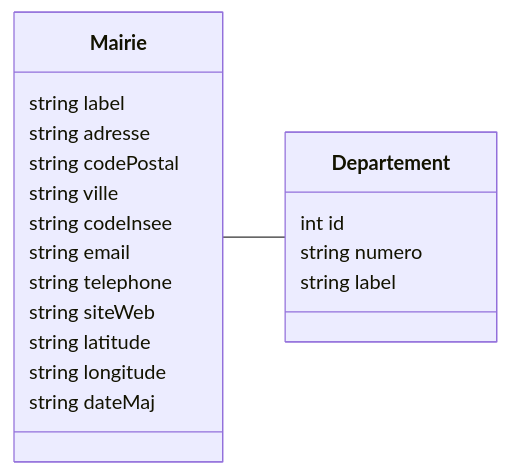
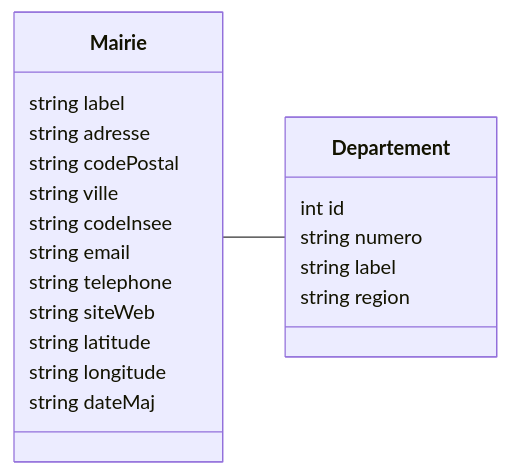
The diagram in README.md (yann-ize/exam-module-api), drawn with Mermaid before and after one commit. The commit also changed other lines of this file, not shown here.

````diff
--- a/README.md
+++ b/README.md
@@ -37,19 +37,20 @@
 ```mermaid
     classDiagram
         direction LR
         Mairie -- Departement
         Departement : int id
         Departement : string numero
         Departement : string label
+        Departement : string region
         Mairie : string label
         Mairie : string adresse
         Mairie : string codePostal
         Mairie : string ville
         Mairie : string codeInsee
         Mairie : string email
         Mairie : string telephone
         Mairie : string siteWeb
         Mairie : string latitude
         Mairie : string longitude
         Mairie : string dateMaj
 ```
````
